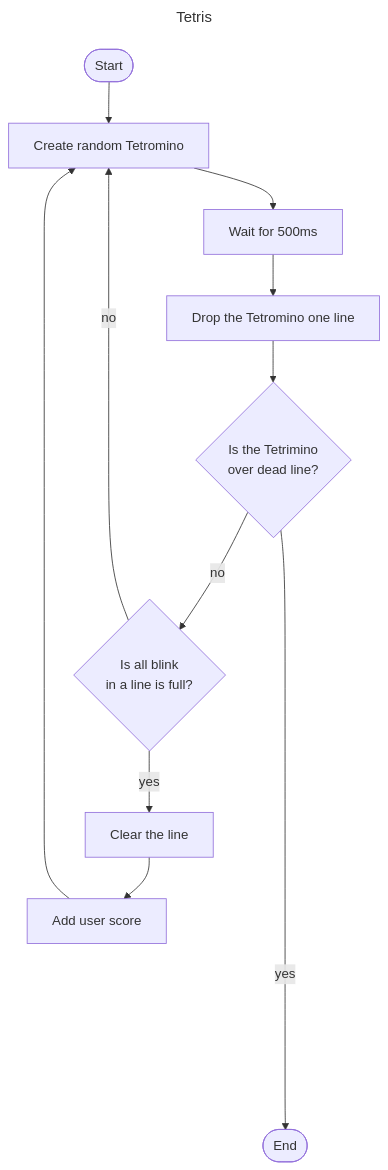
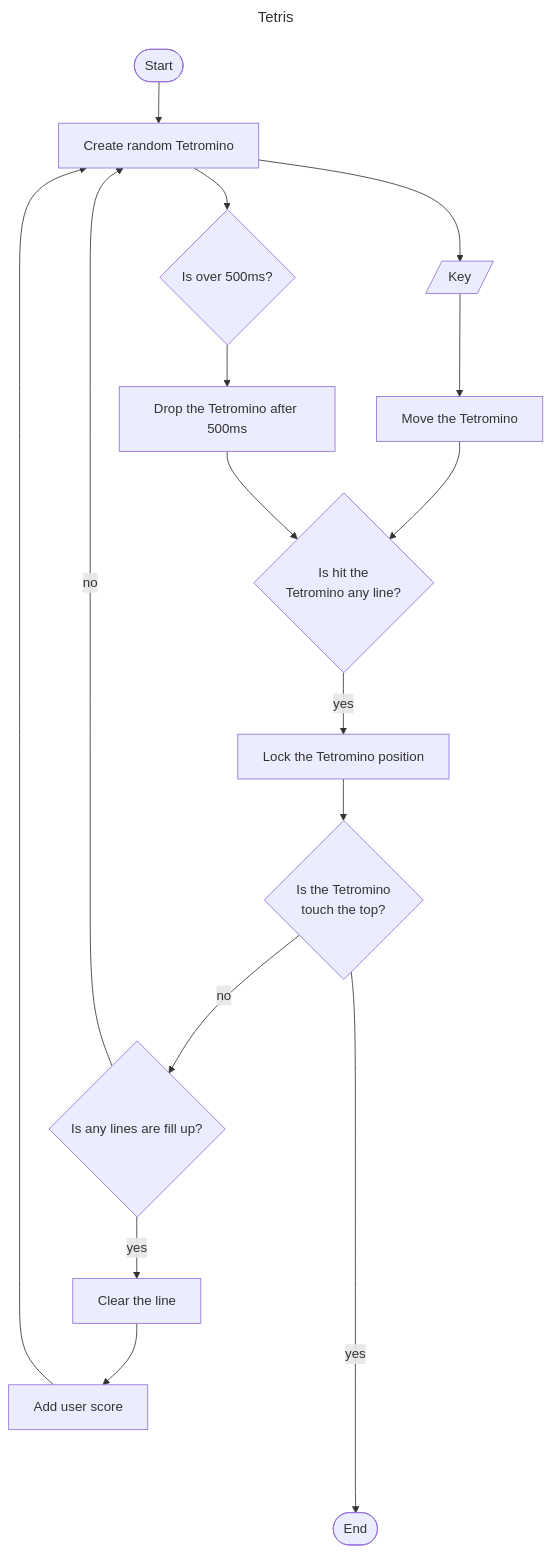
Before and after one commit to chhy-son/tetris: the second of 2 diagrams in src/UML/FlowChart.md, drawn with Mermaid. The commit also changed other lines of this file and 2 other files, not shown here.

Commit message:
feat: UML Diagram - FlowChart, SeqDiagram, ClassDiagram

````diff
--- a/src/UML/FlowChart.md
+++ b/src/UML/FlowChart.md
@@ -16,18 +16,22 @@
 ```mermaid
 ---
 title: Tetris
 ---
     flowchart TD
-    Start([Start]) --> Create[Create random Tetromino]
-    Create --> Wait[Wait for 500ms]
-    Wait --> Drop[Drop the Tetromino one line]
-    Drop --> Dead{Is the Tetrimino 
-                over dead line?}
-    Dead -->|no| Full{Is all blink 
-                    in a line is full?}
-        Full -->|yes| Clear[Clear the line]
-            Clear --> Score[Add user score]
-            Score --> Create
-        Full -->|no| Create
-    Dead -------->|yes| End([End])
+    Start([Start]) --> CreateT[Create random Tetromino]
+    CreateT --> PressKey[/Key/] & InspectTimeLimit{Is over 500ms?}
+        InspectTimeLimit --> DropT[Drop the Tetromino after 500ms]
+    PressKey --> MoveT[Move the Tetromino]
+    
+    MoveT & DropT --> InspectHitT{Is hit the 
+                Tetromino any line?}
+        InspectHitT -->|yes| LockT[Lock the Tetromino position]
+        LockT --> Dead{Is the Tetromino
+        touch the top?}
+            Dead -->|no| Full{Is any lines are fill up?}
+                Full -->|yes| Clear[Clear the line]
+                    Clear --> Score[Add user score]
+                    Score --> CreateT
+                Full -->|no| CreateT
+            Dead ------>|yes| End([End])
 ```
````
